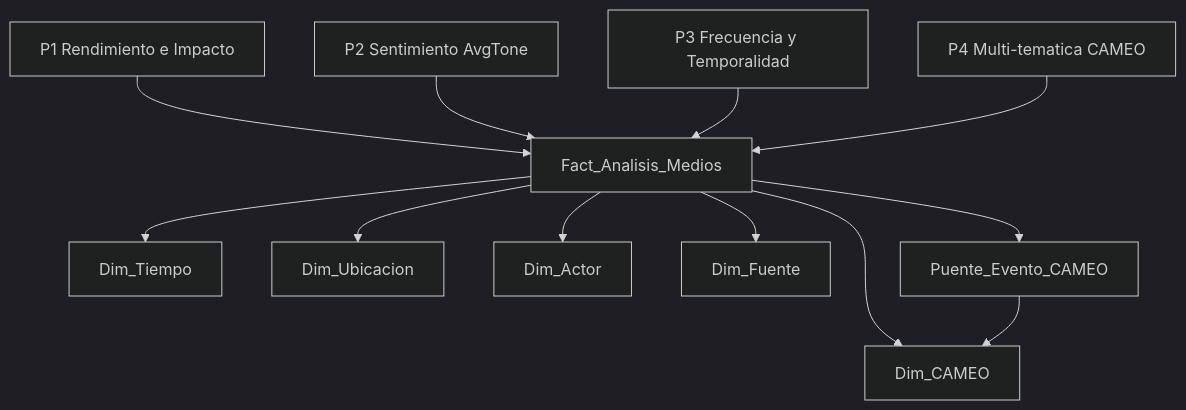
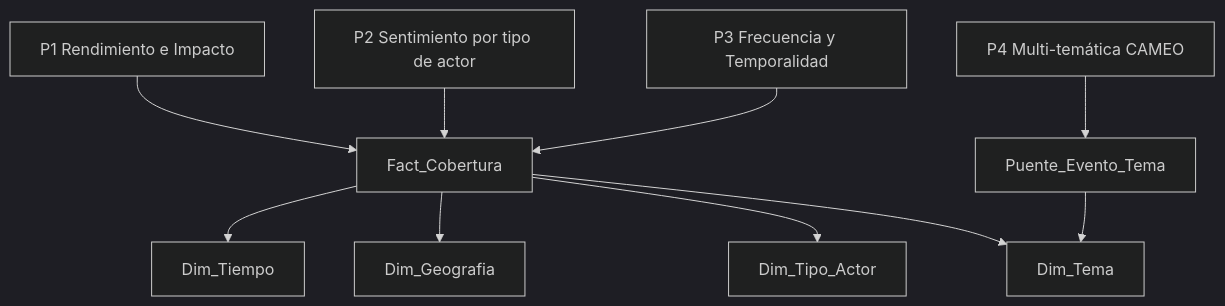
One commit to marcoskantor/Curso_Introduccion_Ingenieria_Datos changed the fourth of 4 diagrams in TP2.md. Above: the diagram before and after it, drawn with Mermaid (dark theme). The commit also changed other lines of this file and 1 other file, not shown here.

Commit message:
TP2: correcciones del docente (PK única, ubicaciones por rol, puentes con PK compuesta, fact con PK compuesta, métricas alineadas a preguntas)

````diff
--- a/TP2.md
+++ b/TP2.md
@@ -286,14 +283,12 @@
 ```mermaid
 flowchart TD
-    P1[P1 Rendimiento e Impacto] --> F[Fact_Analisis_Medios]
-    P2[P2 Sentimiento AvgTone] --> F
+    P1[P1 Rendimiento e Impacto] --> F[Fact_Cobertura]
+    P2[P2 Sentimiento por tipo de actor] --> F
     P3[P3 Frecuencia y Temporalidad] --> F
-    P4[P4 Multi-tematica CAMEO] --> F
+    P4[P4 Multi-temática CAMEO] --> PU[Puente_Evento_Tema]
     F --> DT[Dim_Tiempo]
-    F --> DU[Dim_Ubicacion]
-    F --> DA[Dim_Actor]
-    F --> DF[Dim_Fuente]
-    F --> DC[Dim_CAMEO]
-    F --> P[Puente_Evento_CAMEO]
-    P --> DC
+    F --> DG[Dim_Geografia]
+    F --> DA[Dim_Tipo_Actor]
+    F --> DM[Dim_Tema]
+    PU --> DM
 ```
````
